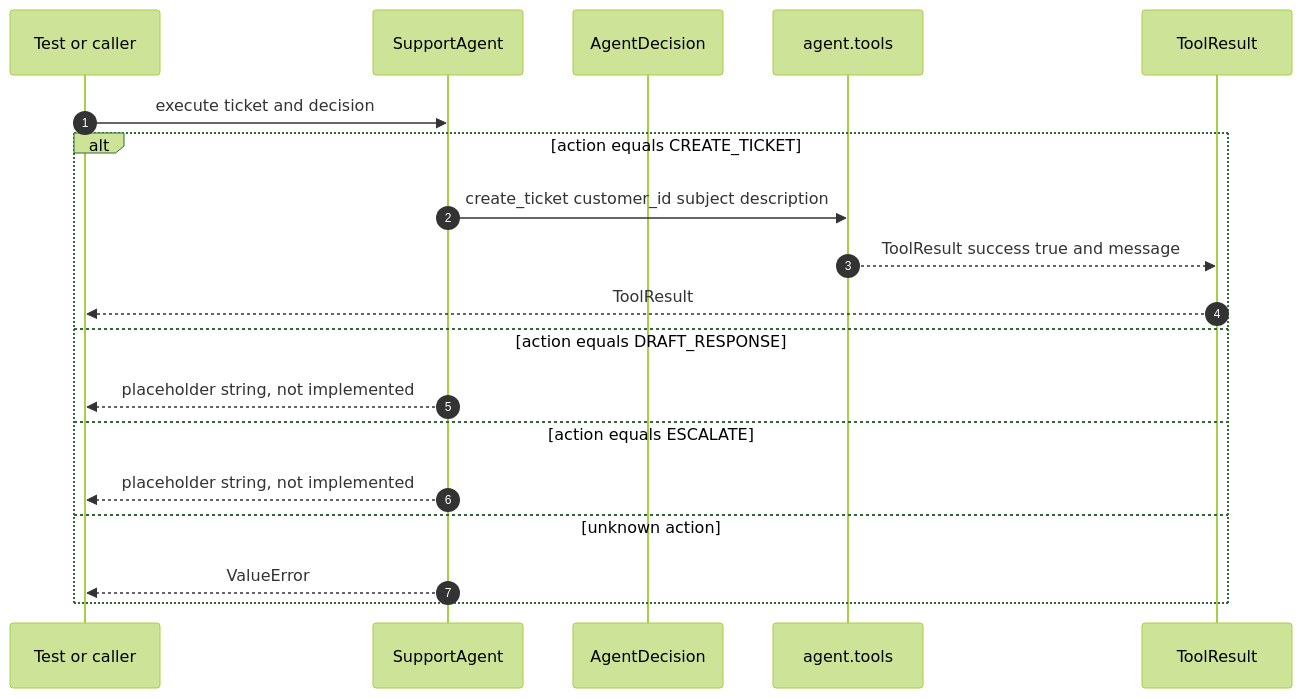
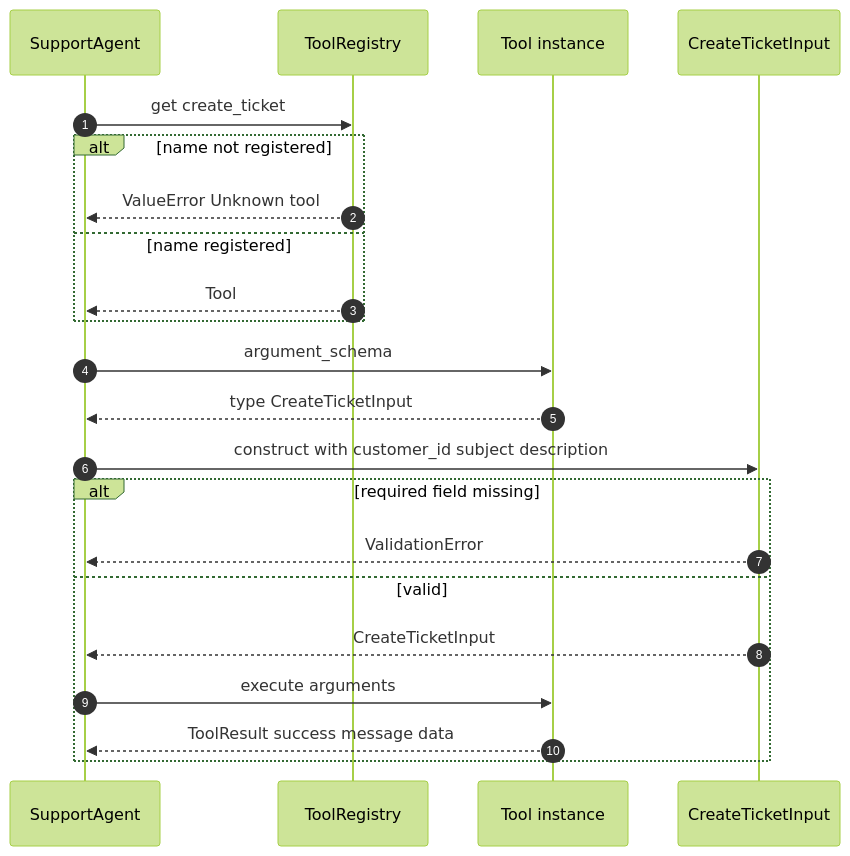
The third of 5 diagrams in docs/sequence-diagram.md (mezni/data-helpers), drawn with Mermaid (forest theme) before and after one commit. The commit also changed other lines of this file and 4 other files, not shown here.

Commit message:
Add tool architecture

````diff
--- a/docs/sequence-diagram.md
+++ b/docs/sequence-diagram.md
@@ -90,22 +114,25 @@
 ```mermaid
 sequenceDiagram
     autonumber
-    participant Caller as Test or caller
     participant Agent as SupportAgent
-    participant Decision as AgentDecision
-    participant Tools as agent.tools
-    participant Result as ToolResult
+    participant Registry as ToolRegistry
+    participant Tool as Tool instance
+    participant Input as CreateTicketInput
 
-    Caller->>Agent: execute ticket and decision
-    alt action equals CREATE_TICKET
-        Agent->>Tools: create_ticket customer_id subject description
-        Tools-->>Result: ToolResult success true and message
-        Result-->>Caller: ToolResult
-    else action equals DRAFT_RESPONSE
-        Agent-->>Caller: placeholder string, not implemented
-    else action equals ESCALATE
-        Agent-->>Caller: placeholder string, not implemented
-    else unknown action
-        Agent-->>Caller: ValueError
+    Agent->>Registry: get create_ticket
+    alt name not registered
+        Registry-->>Agent: ValueError Unknown tool
+    else name registered
+        Registry-->>Agent: Tool
+    end
+    Agent->>Tool: argument_schema
+    Tool-->>Agent: type CreateTicketInput
+    Agent->>Input: construct with customer_id subject description
+    alt required field missing
+        Input-->>Agent: ValidationError
+    else valid
+        Input-->>Agent: CreateTicketInput
+        Agent->>Tool: execute arguments
+        Tool-->>Agent: ToolResult success message data
     end
 ```
````
